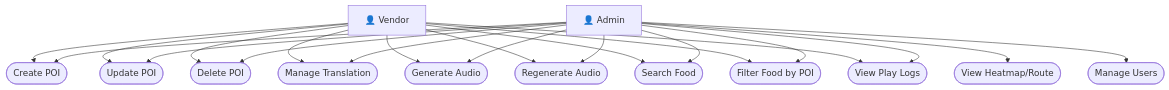
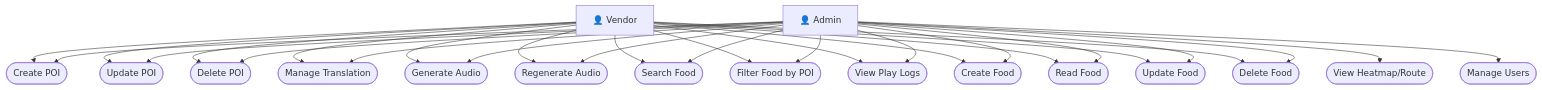
Before and after one commit to EricHoang28092k5/SmartTour: the fourth of 51 diagrams in PRD_SmartTour.md, drawn with Mermaid. The commit also changed other lines of this file and 3 other files, not shown here.

````diff
--- a/PRD_SmartTour.md
+++ b/PRD_SmartTour.md
@@ -476,39 +479,51 @@
 ```mermaid
 flowchart TB
     V["👤 Vendor"]
     AD["👤 Admin"]
 
     C1([Create POI])
     C2([Update POI])
     C3([Delete POI])
     C4([Manage Translation])
     C5([Generate Audio])
     C6([Regenerate Audio])
     C7([Search Food])
     C8([Filter Food by POI])
     C9([View Play Logs])
     C10([View Heatmap/Route])
     C11([Manage Users])
+    C12([Create Food])
+    C13([Read Food])
+    C14([Update Food])
+    C15([Delete Food])
 
     V --> C1
     V --> C2
     V --> C3
     V --> C4
     V --> C5
     V --> C6
     V --> C7
     V --> C8
     V --> C9
+    V --> C12
+    V --> C13
+    V --> C14
+    V --> C15
 
     AD --> C1
     AD --> C2
     AD --> C3
     AD --> C4
     AD --> C5
     AD --> C6
     AD --> C7
     AD --> C8
     AD --> C9
     AD --> C10
     AD --> C11
+    AD --> C12
+    AD --> C13
+    AD --> C14
+    AD --> C15
 ```
````
